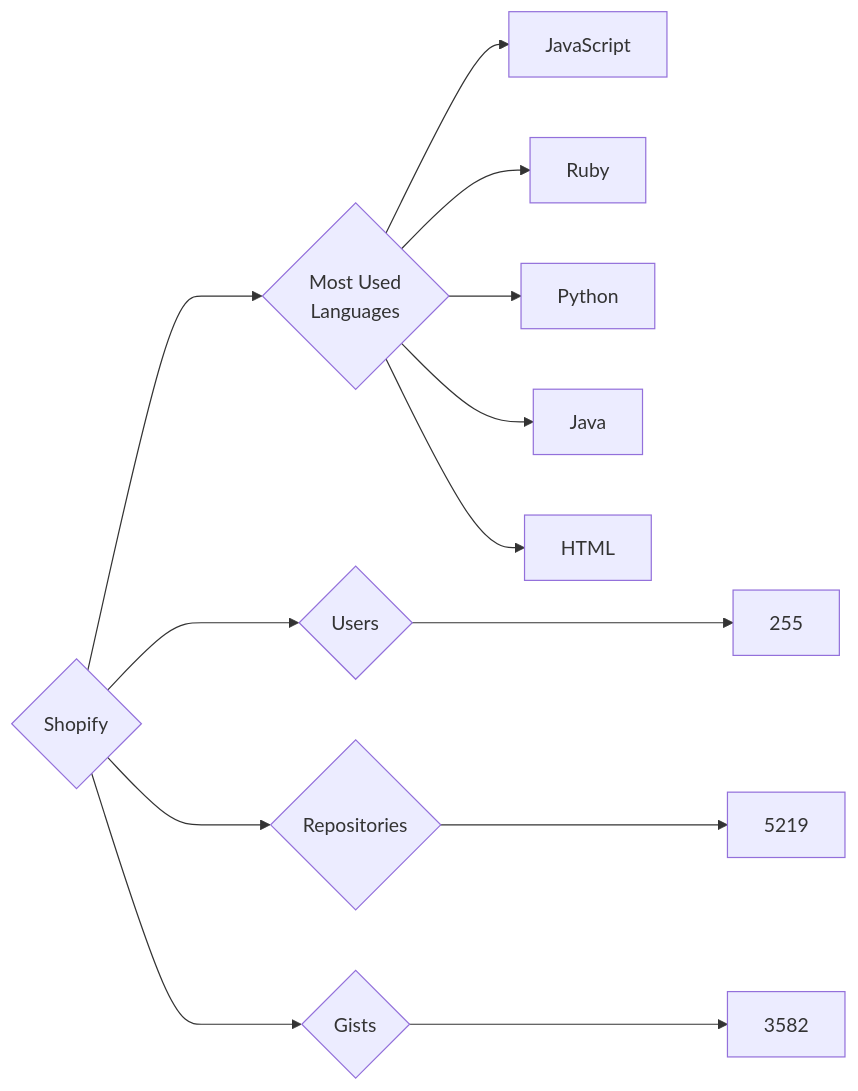
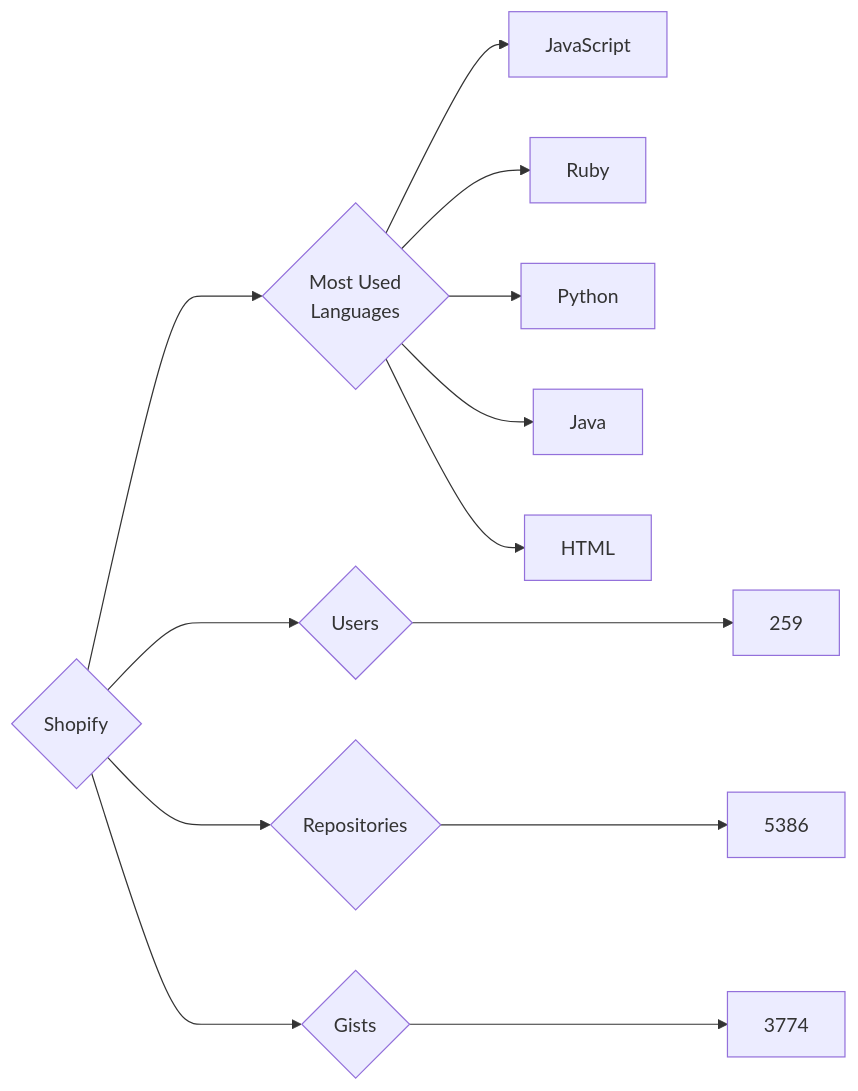
The diagram in targets/Shopify/README.md (trickest/insiders), drawn with Mermaid before and after one commit. The commit also changed 970 other files, not shown here.

````diff
--- a/targets/Shopify/README.md
+++ b/targets/Shopify/README.md
@@ -3,13 +3,13 @@
 ```mermaid
 graph LR
 COMPANY_NAME{Shopify}
-COMPANY_NAME ---> U{Users} ---> UN[255]
-COMPANY_NAME ---> R{Repositories} ---> RN[5219]
-COMPANY_NAME ---> G{Gists} ---> GN[3582]
+COMPANY_NAME ---> U{Users} ---> UN[259]
+COMPANY_NAME ---> R{Repositories} ---> RN[5386]
+COMPANY_NAME ---> G{Gists} ---> GN[3774]
 COMPANY_NAME ---> ML{Most Used<br>Languages}
 ML --> JavaScript[JavaScript]
 ML --> Ruby[Ruby]
 ML --> Python[Python]
 ML --> Java[Java]
 ML --> HTML[HTML]
 ```
````
